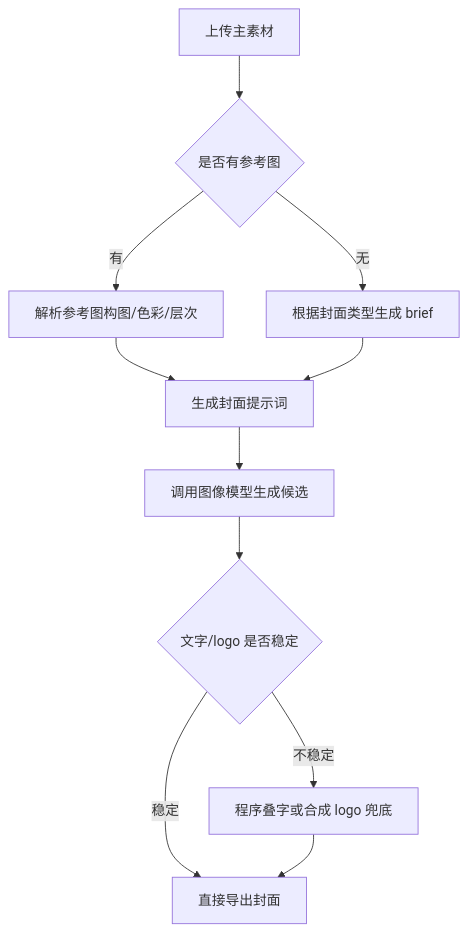
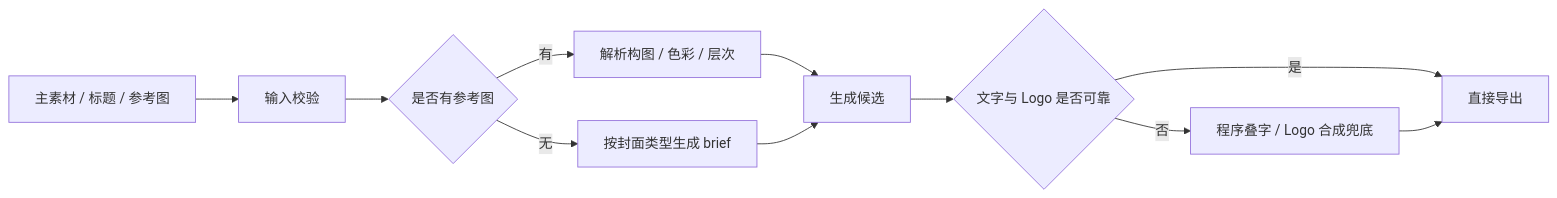
The diagram in cases/01-ai-cover-generator.md (Baibaibin/ai-workflow-portfolio), drawn with Mermaid before and after one commit. The commit also changed other lines of this file and 18 other files, not shown here.

````diff
--- a/cases/01-ai-cover-generator.md
+++ b/cases/01-ai-cover-generator.md
@@ -23,13 +30,13 @@
 ```mermaid
-flowchart TD
-  A[上传主素材] --> B{是否有参考图}
-  B -->|有| C[解析参考图构图/色彩/层次]
-  B -->|无| D[根据封面类型生成 brief]
-  C --> E[生成封面提示词]
-  D --> E
-  E --> F[调用图像模型生成候选]
-  F --> G{文字/logo 是否稳定}
-  G -->|稳定| H[直接导出封面]
-  G -->|不稳定| I[程序叠字或合成 logo 兜底]
+flowchart LR
+  A[主素材 / 标题 / 参考图] --> B[输入校验]
+  B --> C{是否有参考图}
+  C -->|有| D[解析构图 / 色彩 / 层次]
+  C -->|无| E[按封面类型生成 brief]
+  D --> F[生成候选]
+  E --> F
+  F --> G{文字与 Logo 是否可靠}
+  G -->|是| H[直接导出]
+  G -->|否| I[程序叠字 / Logo 合成兜底]
   I --> H
 ```
````
